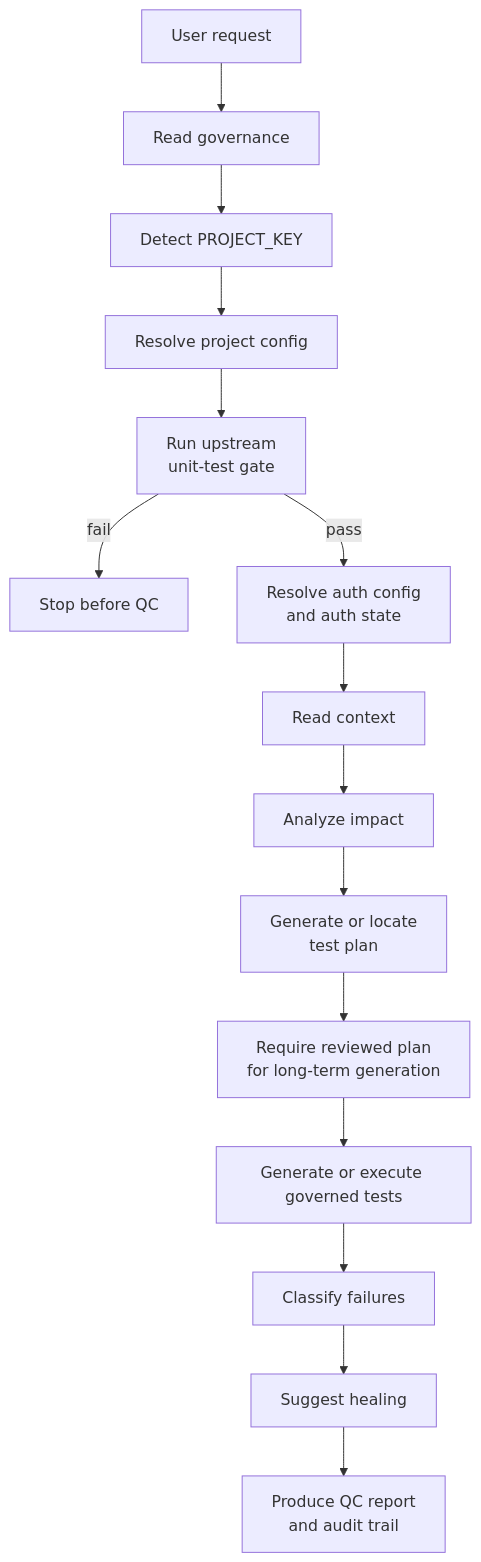
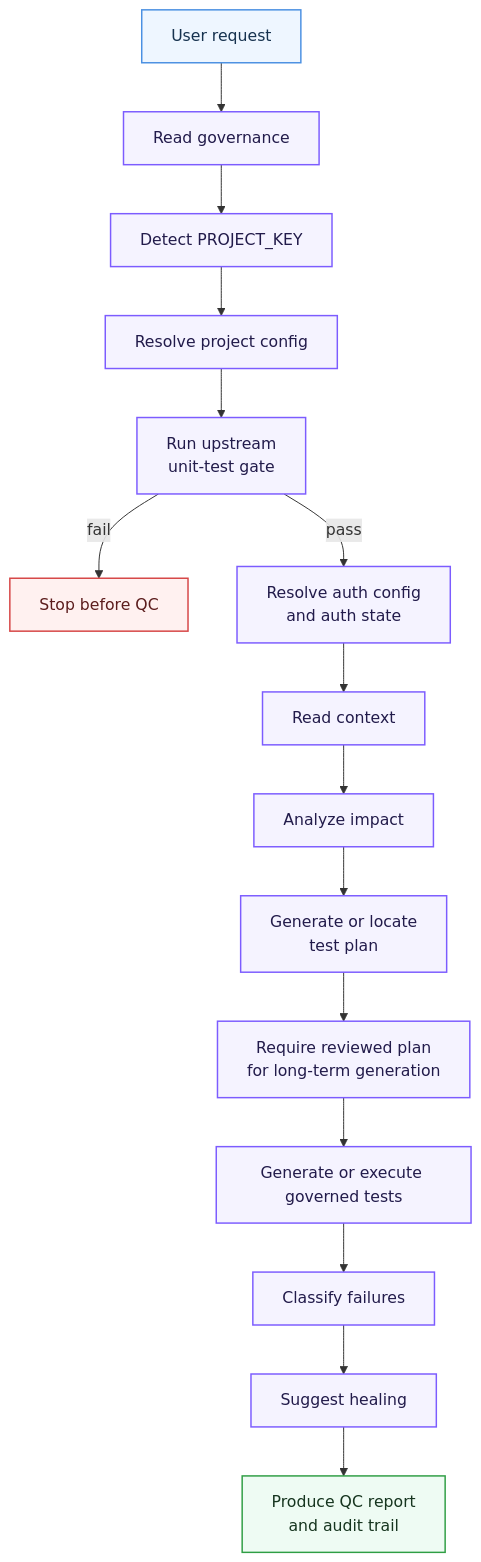
Before and after one commit to Qin-BL/quality-platform: the first of 5 diagrams in docs/qa/ai-qc-workflow.md, drawn with Mermaid. The commit also changed other lines of this file and 2 other files, not shown here.

Commit message:
Style Mermaid diagrams for readability

```diff
--- a/docs/qa/ai-qc-workflow.md
+++ b/docs/qa/ai-qc-workflow.md
@@ -22,17 +22,25 @@
 ::: mermaid
 graph TD
     A["User request"] --> B["Read governance"]
     B --> C["Detect PROJECT_KEY"]
     C --> D["Resolve project config"]
     D --> E["Run upstream<br/>unit-test gate"]
     E -->|fail| F["Stop before QC"]
     E -->|pass| G["Resolve auth config<br/>and auth state"]
     G --> H["Read context"]
     H --> I["Analyze impact"]
     I --> J["Generate or locate<br/>test plan"]
     J --> K["Require reviewed plan<br/>for long-term generation"]
     K --> L["Generate or execute governed tests"]
     L --> M["Classify failures"]
     M --> N["Suggest healing"]
     N --> O["Produce QC report<br/>and audit trail"]
+    classDef input fill:#eef6ff,stroke:#4a90e2,color:#16324f,stroke-width:1.5px;
+    classDef runtime fill:#f5f3ff,stroke:#7c5cff,color:#221b4b,stroke-width:1.5px;
+    classDef warning fill:#fff1f0,stroke:#d64545,color:#5c1d1d,stroke-width:1.5px;
+    classDef output fill:#eefbf3,stroke:#2f9e44,color:#16351f,stroke-width:1.5px;
+    class A input;
+    class B,C,D,E,G,H,I,J,K,L,M,N runtime;
+    class F warning;
+    class O output;
 :::
```
